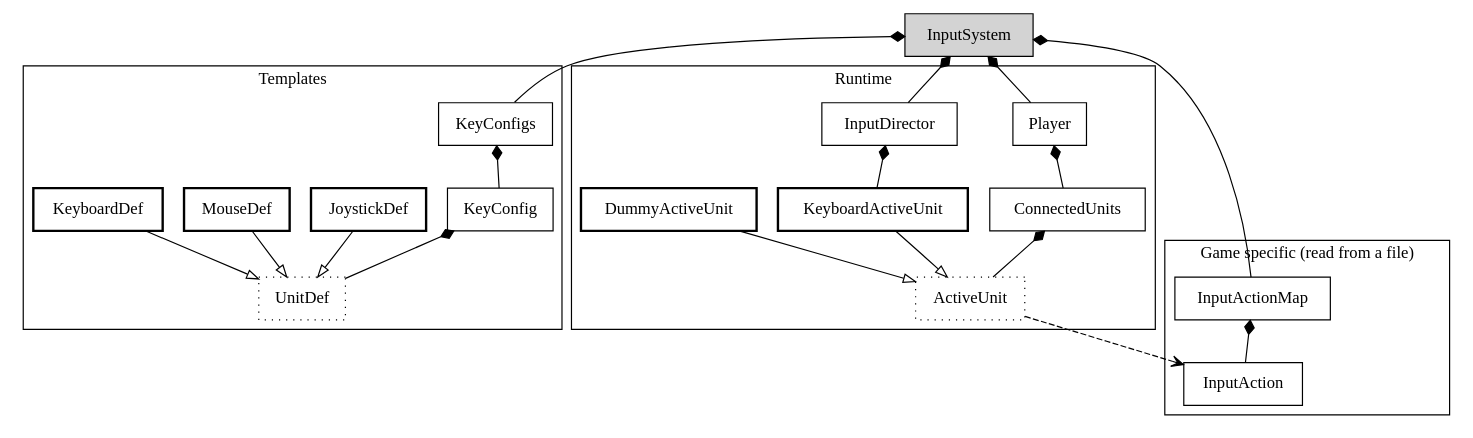
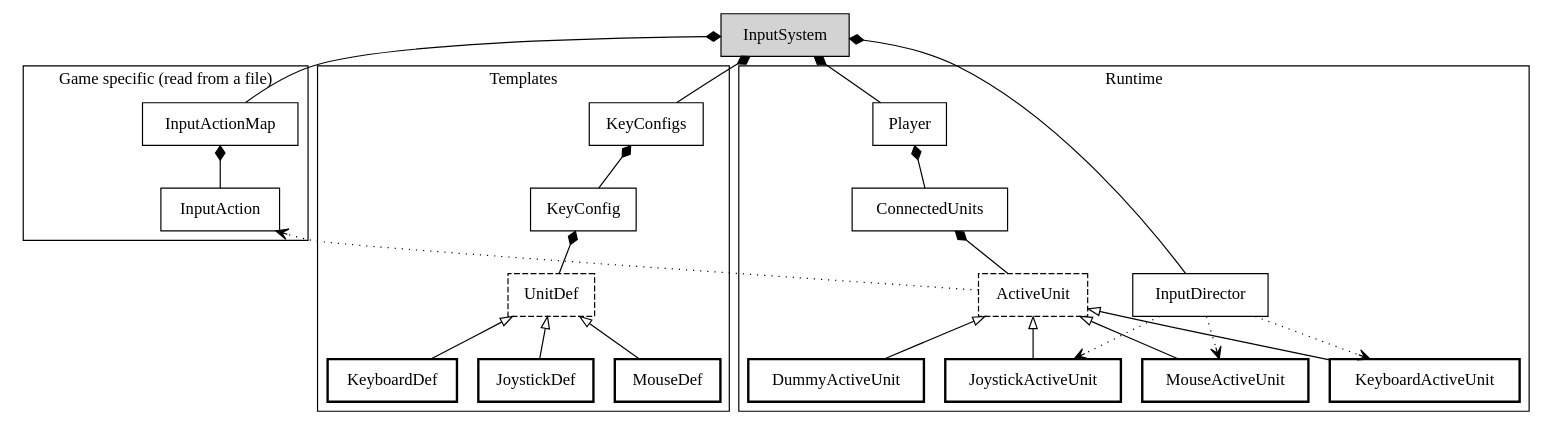
The diagram in inputsystem-overview.gv (madeso/spacehustler), drawn with Graphviz before and after one commit.

Commit message:
improved graphviz

```diff
--- a/inputsystem-overview.gv
+++ b/inputsystem-overview.gv
@@ -1,72 +1,102 @@
 digraph G {
 	node [shape=box; style=solid];
+	# graph [overlap=false rankdir = "LR"];
+	# splines=ortho;
+  
 	subgraph cluster_gamespecific {
 		label = "Game specific (read from a file)";
 		color = "black";
 		
 		{
 			edge[dir="both"; arrowhead="none"; arrowtail="diamond";];
 			InputActionMap -> InputAction;
 		}
 	}
 	
 	subgraph cluster_templates {
 		label = "Templates";
 		color = "black";
 		
 		{
 			edge[dir="both"; arrowhead="none"; arrowtail="diamond";];
 			KeyConfigs -> KeyConfig;
 			KeyConfig -> UnitDef;
 		}
 		
 		{
 			edge[arrowhead="onormal"];
 			JoystickDef -> UnitDef;
 			MouseDef -> UnitDef;
 			KeyboardDef -> UnitDef;
 		}
+		
+		{
+			rank=max;
+			JoystickDef;
+			MouseDef;
+			KeyboardDef;
+		}
 	}
 	
 	subgraph cluster_runtime {
 		label = "Runtime";
 		color = "black";
 		
 		{
 			edge[dir="both"; arrowhead="none"; arrowtail="diamond";];
 			Player -> ConnectedUnits;
 			ConnectedUnits -> ActiveUnit;
+		}
+		
+		{
+			edge[arrowhead="vee"; style="dotted"];
 			InputDirector -> KeyboardActiveUnit;
+			InputDirector -> JoystickActiveUnit;
+			InputDirector -> MouseActiveUnit;
 		}
 		
 		{
 			edge[arrowhead="onormal"];
 			DummyActiveUnit -> ActiveUnit;
 			KeyboardActiveUnit -> ActiveUnit;
+			
+			JoystickActiveUnit -> ActiveUnit;
+			MouseActiveUnit -> ActiveUnit;
+		}
+		
+		{
+			rank = max;
+			DummyActiveUnit;
+			KeyboardActiveUnit;
+			
+			JoystickActiveUnit;
+			MouseActiveUnit;
 		}
 	}
 
 	{
 		edge[dir="both"; arrowhead="none"; arrowtail="diamond";];	
 		InputSystem -> InputActionMap;
 		InputSystem -> KeyConfigs;
 		InputSystem -> InputDirector;
 		InputSystem -> Player;
 	}
 	
 	{
-		edge[arrowhead="vee"; style="dashed"];
-		ActiveUnit -> InputAction;
+		edge[arrowhead="vee"; style="dotted"];
+		ActiveUnit -> InputAction [constraint=false];
 	}
 	
-	UnitDef[style=dotted];
-	ActiveUnit[style=dotted];
+	UnitDef[style=dashed];
+	ActiveUnit[style=dashed];
 	
 	KeyboardDef[style=bold];
 	MouseDef[style=bold];
 	JoystickDef[style=bold];
 	KeyboardActiveUnit[style=bold];
 	DummyActiveUnit[style=bold];
+	JoystickActiveUnit[style=bold];
+	MouseActiveUnit[style=bold];
 	
 	InputSystem[style=filled];
 }
```
